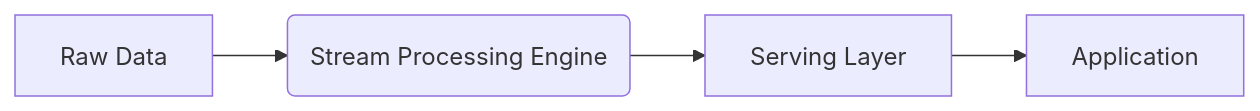
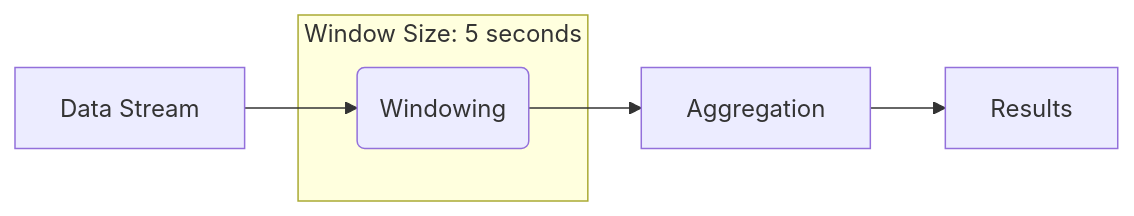
Before and after one commit to muthuspark/system-design: the second of 2 diagrams in posts/real-time-systems/stream-processing/index.qmd, drawn with Mermaid. The commit also changed other lines of this file and 265 other files, not shown here.

````diff
--- a/posts/real-time-systems/stream-processing/index.qmd
+++ b/posts/real-time-systems/stream-processing/index.qmd
@@ -41,6 +84,9 @@
 ```{mermaid}
 graph LR
-    A[Raw Data] --> B(Stream Processing Engine);
-    B --> C[Serving Layer];
-    C --> D[Application];
+    A[Data Stream] --> B(Windowing);
+    B --> C[Aggregation];
+    C --> D[Results];
+    subgraph "Window Size: 5 seconds"
+        B
+    end
 ```
````
